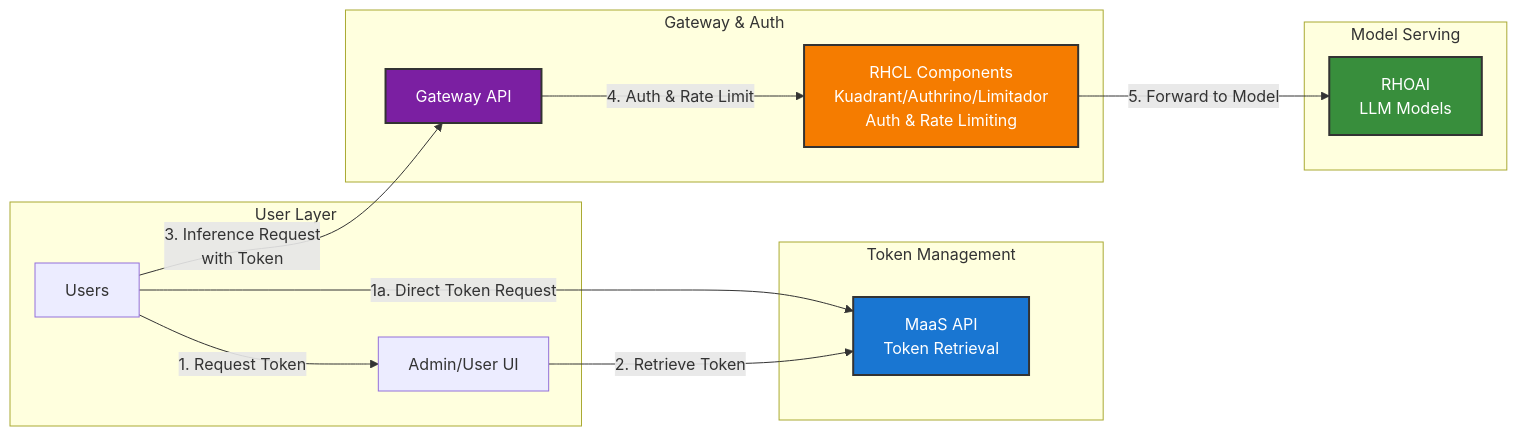
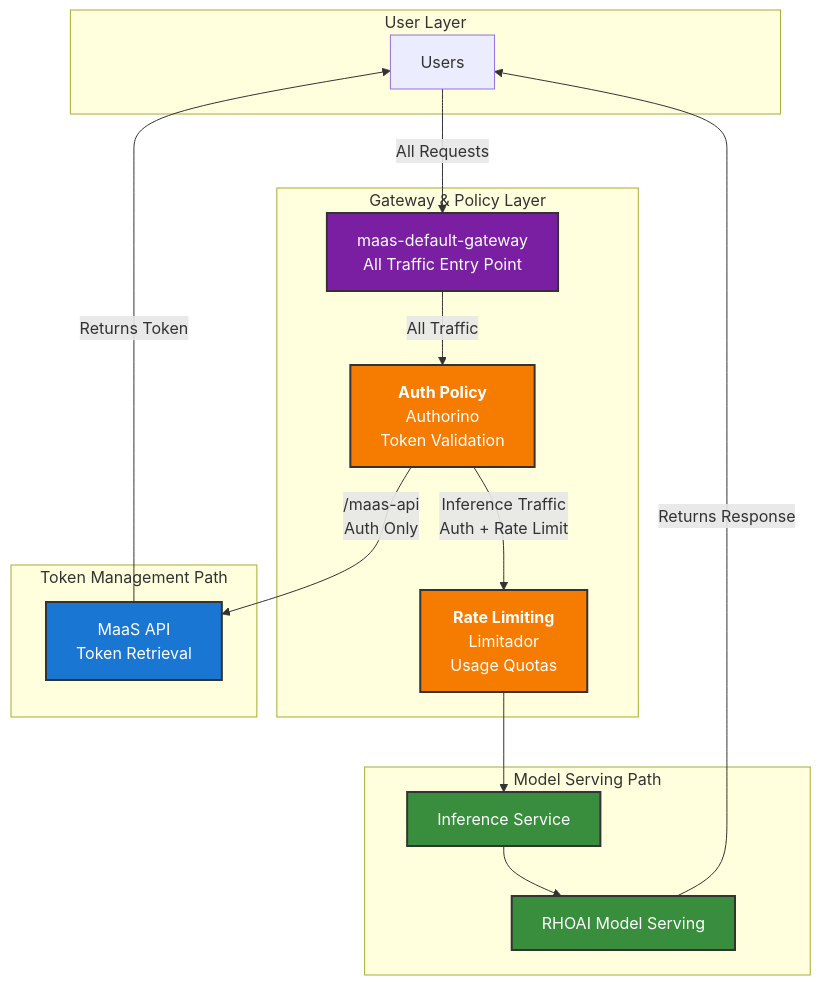
One commit to yossiovadia/maas-billing changed the first of 5 diagrams in docs/content/architecture.md. Above: the diagram before and after it, drawn with Mermaid. The commit also changed other lines of this file and 19 other files, not shown here.

````diff
--- a/docs/content/architecture.md
+++ b/docs/content/architecture.md
@@ -13,32 +18,39 @@
 ```mermaid
-graph LR
+graph TB
     subgraph "User Layer"
         User[Users]
-        AdminUI[Admin/User UI]
     end
     
-    subgraph "Token Management"
-        MaaSAPI[MaaS API<br/>Token Retrieval]
+    subgraph "Gateway & Policy Layer"
+        GatewayAPI["maas-default-gateway<br/>All Traffic Entry Point"]
+        AuthPolicy["<b>Auth Policy</b><br/>Authorino<br/>Token Validation"]
+        RateLimit["<b>Rate Limiting</b><br/>Limitador<br/>Usage Quotas"]
     end
     
-    subgraph "Gateway & Auth"
-        GatewayAPI[Gateway API]
-        RHCL[RHCL Components<br/>Kuadrant/Authrino/Limitador<br/>Auth & Rate Limiting]
+    subgraph "Token Management Path"
+        MaaSAPI["MaaS API<br/>Token Retrieval"]
     end
     
-    subgraph "Model Serving"
-        RHOAI[RHOAI<br/>LLM Models]
+    subgraph "Model Serving Path"
+        PathInference["Inference Service"]
+        ModelServing["RHOAI Model Serving"]
     end
     
-    User -->|1. Request Token| AdminUI
-    User -->|1a. Direct Token Request| MaaSAPI
-    AdminUI -->|2. Retrieve Token| MaaSAPI
-    User -->|3. Inference Request<br/>with Token| GatewayAPI
-    GatewayAPI -->|4. Auth & Rate Limit| RHCL
-    RHCL -->|5. Forward to Model| RHOAI
+    User -->|"All Requests"| GatewayAPI
+    GatewayAPI -->|"All Traffic"| AuthPolicy
+    
+    AuthPolicy -->|"/maas-api<br/>Auth Only"| MaaSAPI
+    MaaSAPI -->|"Returns Token"| User
+    
+    AuthPolicy -->|"Inference Traffic<br/>Auth + Rate Limit"| RateLimit
+    RateLimit --> PathInference
+    PathInference --> ModelServing
+    ModelServing -->|"Returns Response"| User
     
     style MaaSAPI fill:#1976d2,stroke:#333,stroke-width:2px,color:#fff
     style GatewayAPI fill:#7b1fa2,stroke:#333,stroke-width:2px,color:#fff
-    style RHCL fill:#f57c00,stroke:#333,stroke-width:2px,color:#fff
-    style RHOAI fill:#388e3c,stroke:#333,stroke-width:2px,color:#fff
+    style AuthPolicy fill:#f57c00,stroke:#333,stroke-width:2px,color:#fff
+    style RateLimit fill:#f57c00,stroke:#333,stroke-width:2px,color:#fff
+    style PathInference fill:#388e3c,stroke:#333,stroke-width:2px,color:#fff
+    style ModelServing fill:#388e3c,stroke:#333,stroke-width:2px,color:#fff
 ```
````
